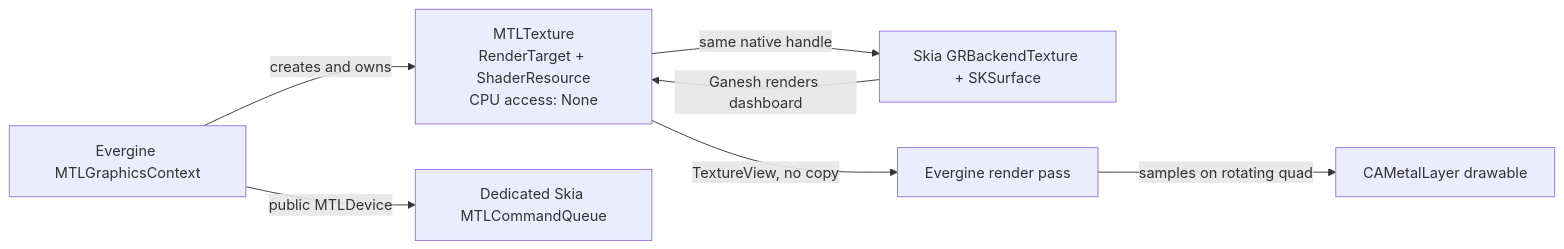
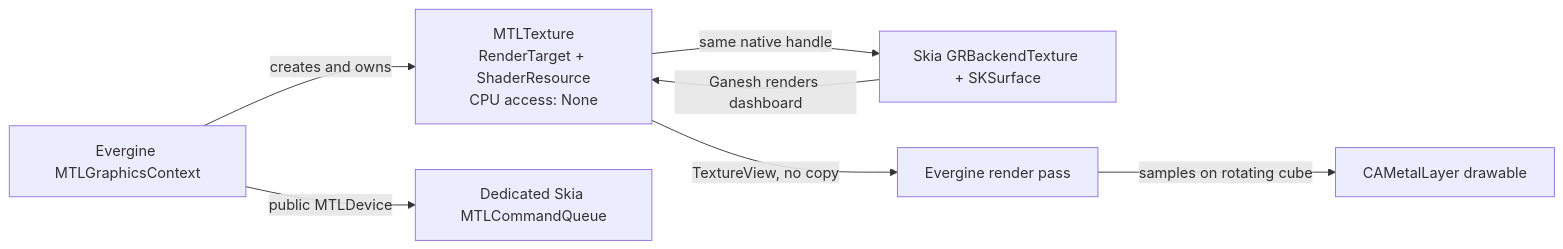
The diagram in samples/EvergineMauiMetal/README.md (mattleibow/SkiaSharpGraphicsInteropSamples), drawn with Mermaid before and after one commit. The commit also changed other lines of this file and 5 other files, not shown here.

````diff
--- a/samples/EvergineMauiMetal/README.md
+++ b/samples/EvergineMauiMetal/README.md
@@ -19,9 +19,9 @@
 ```mermaid
 flowchart LR
     E[Evergine MTLGraphicsContext] -->|creates and owns| T[MTLTexture<br/>RenderTarget + ShaderResource<br/>CPU access: None]
     E -->|public MTLDevice| Q[Dedicated Skia MTLCommandQueue]
     T -->|same native handle| S[Skia GRBackendTexture + SKSurface]
     S -->|Ganesh renders dashboard| T
     T -->|TextureView, no copy| R[Evergine render pass]
-    R -->|samples on rotating quad| D[CAMetalLayer drawable]
+    R -->|samples on rotating cube| D[CAMetalLayer drawable]
 ```
````
